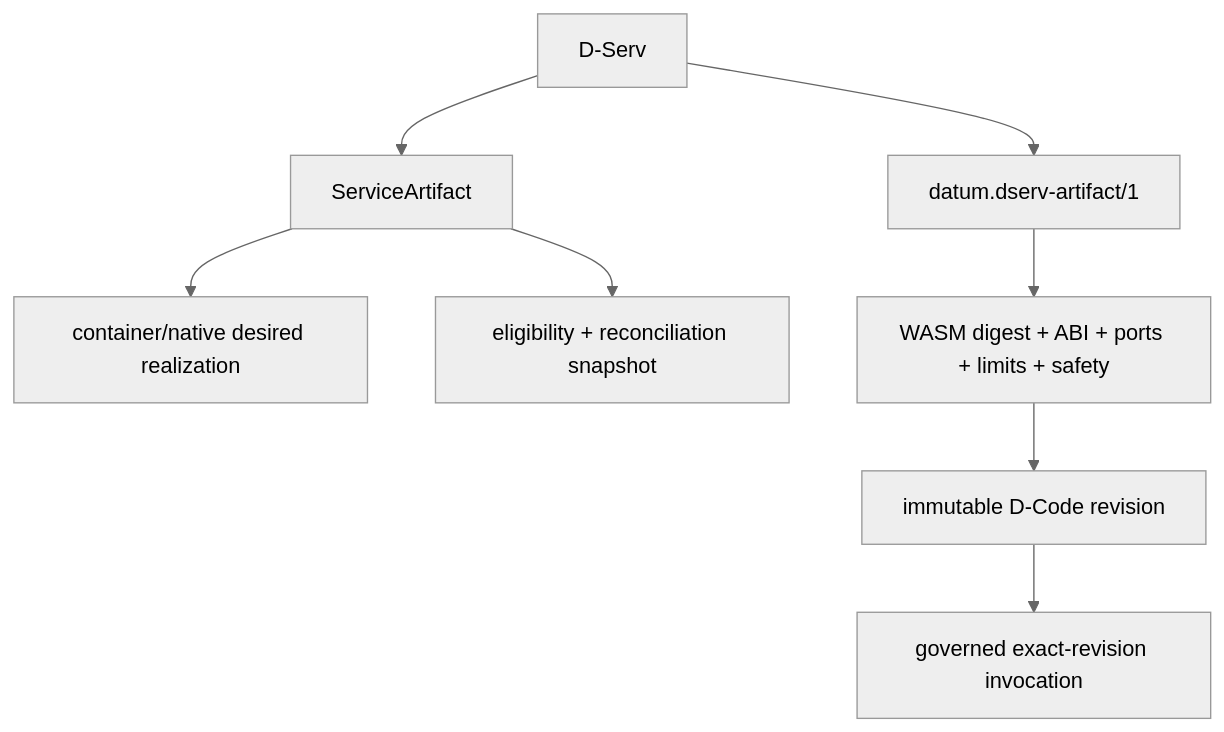
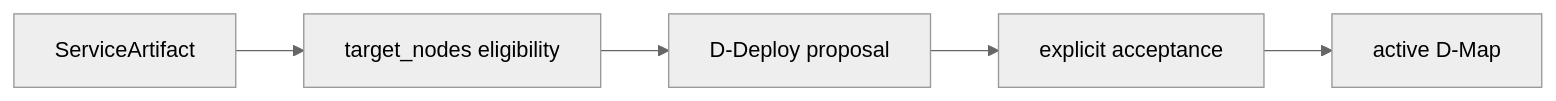
Before and after one commit to dnredson/datum-docs: the first of 2 diagrams in docs/tutorials/artifacts.md, drawn with Mermaid (neutral theme). The commit also changed other lines of this file, not shown here.

Commit message:
docs: rewrite artifact tutorial for DATUM v1

````diff
--- a/docs/tutorials/artifacts.md
+++ b/docs/tutorials/artifacts.md
@@ -20,12 +54,7 @@
 ```mermaid
-flowchart TB
-    DS["D-Serv"]
-    DS --> SA["ServiceArtifact"]
-    SA --> OP["container/native desired realization"]
-    SA --> EL["eligibility + reconciliation snapshot"]
-
-    DS --> DA["datum.dserv-artifact/1"]
-    DA --> ID["WASM digest + ABI + ports + limits + safety"]
-    ID --> REG["immutable D-Code revision"]
-    REG --> INV["governed exact-revision invocation"]
+flowchart LR
+    A["ServiceArtifact"] --> E["target_nodes eligibility"]
+    E --> P["D-Deploy proposal"]
+    P --> X["explicit acceptance"]
+    X --> M["active D-Map"]
 ```
````
